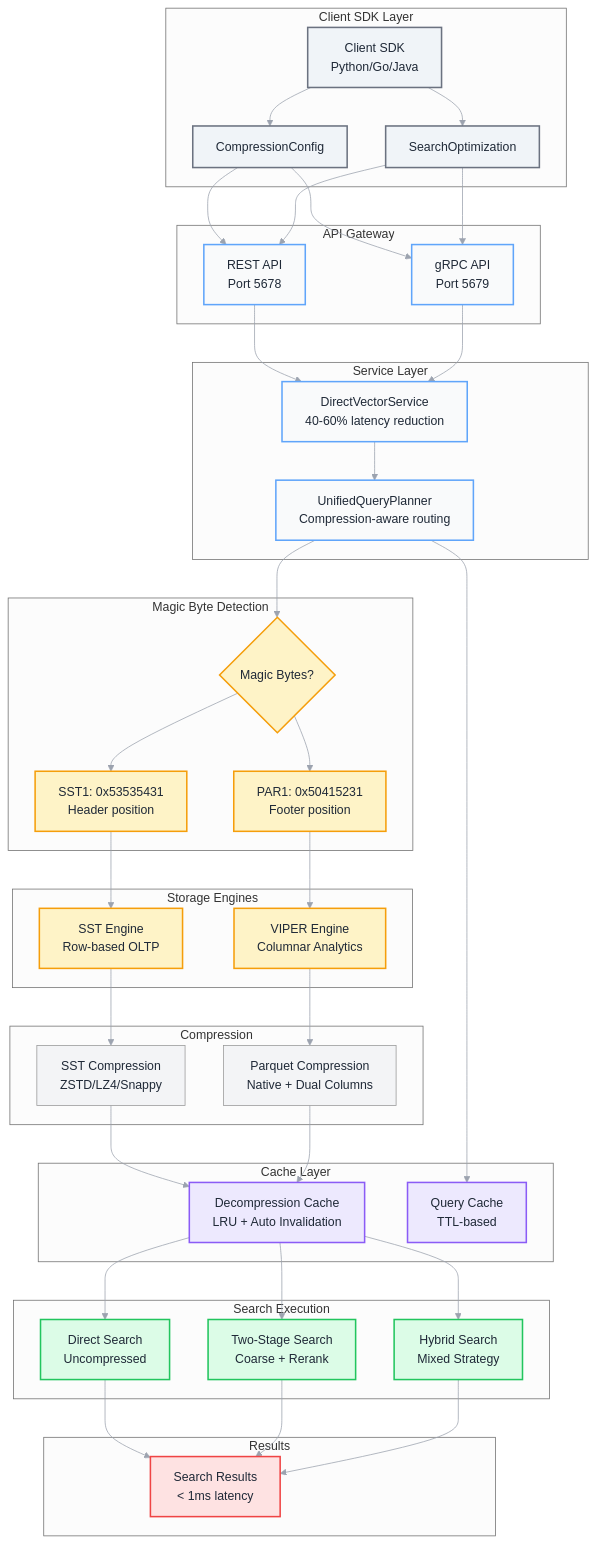
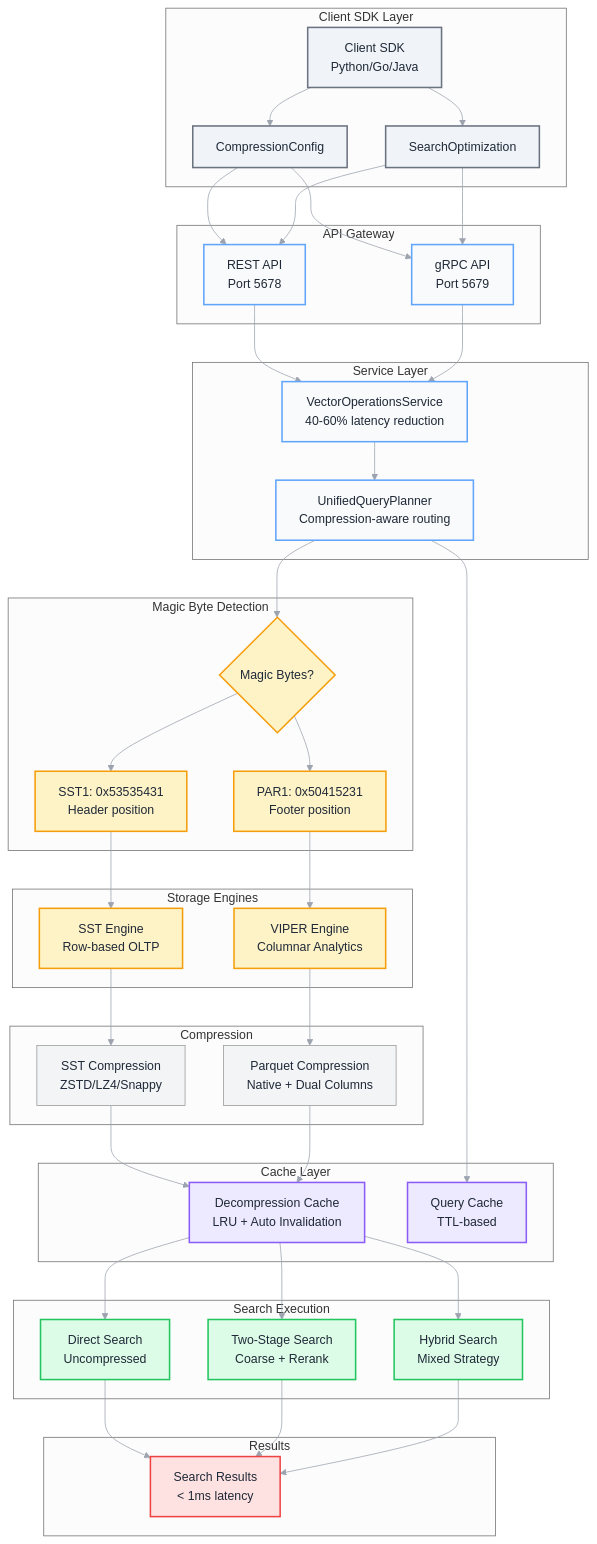
One commit to vjsingh1984/proximaDB changed the diagram in docs/diagrams/query-flow-complete.mmd. Above: the diagram before and after it, drawn with Mermaid. The commit also changed 14 other files, not shown here.

First line of the commit message:
docs: consolidate and update architecture diagrams

```diff
--- a/docs/diagrams/query-flow-complete.mmd
+++ b/docs/diagrams/query-flow-complete.mmd
@@ -1,100 +1,100 @@
 %%{init: {'theme':'neutral', 'themeVariables': {'primaryColor':'#3b82f6','primaryTextColor':'#1f2937','primaryBorderColor':'#6b7280','lineColor':'#9ca3af','secondaryColor':'#10b981','tertiaryColor':'#f59e0b','background':'transparent','mainBkg':'#f3f4f6','secondBkg':'#e5e7eb','textColor':'#1f2937'}}}%%
 graph TB
     subgraph "Client SDK Layer"
         SDK[Client SDK<br/>Python/Go/Java]
         COMP[CompressionConfig]
         OPT[SearchOptimization]
     end
 
     subgraph "API Gateway"
         REST[REST API<br/>Port 5678]
         GRPC[gRPC API<br/>Port 5679]
     end
 
     subgraph "Service Layer"
-        DVS[DirectVectorService<br/>40-60% latency reduction]
+        VOS[VectorOperationsService<br/>40-60% latency reduction]
         QP[UnifiedQueryPlanner<br/>Compression-aware routing]
     end
 
     subgraph "Magic Byte Detection"
         MB{Magic Bytes?}
         SST1[SST1: 0x53535431<br/>Header position]
         PAR1[PAR1: 0x50415231<br/>Footer position]
     end
 
     subgraph "Storage Engines"
         SSTE[SST Engine<br/>Row-based OLTP]
         VIPERE[VIPER Engine<br/>Columnar Analytics]
     end
 
     subgraph "Compression"
         SSTCOMP[SST Compression<br/>ZSTD/LZ4/Snappy]
         VIPERCOMP[Parquet Compression<br/>Native + Dual Columns]
     end
 
     subgraph "Cache Layer"
         DC[Decompression Cache<br/>LRU + Auto Invalidation]
         QC[Query Cache<br/>TTL-based]
     end
 
     subgraph "Search Execution"
         DIRECT[Direct Search<br/>Uncompressed]
         TWOSTAGE[Two-Stage Search<br/>Coarse + Rerank]
         HYBRID[Hybrid Search<br/>Mixed Strategy]
     end
 
     subgraph "Results"
         RES[Search Results<br/>< 1ms latency]
     end
 
     %% Flow connections
     SDK --> COMP
     SDK --> OPT
     COMP --> REST
     COMP --> GRPC
     OPT --> REST
     OPT --> GRPC
     
-    REST --> DVS
-    GRPC --> DVS
+    REST --> VOS
+    GRPC --> VOS
     
-    DVS --> QP
+    VOS --> QP
     QP --> MB
     
     MB --> SST1
     MB --> PAR1
     
     SST1 --> SSTE
     PAR1 --> VIPERE
     
     SSTE --> SSTCOMP
     VIPERE --> VIPERCOMP
     
     SSTCOMP --> DC
     VIPERCOMP --> DC
     
     QP --> QC
     
     DC --> DIRECT
     DC --> TWOSTAGE
     DC --> HYBRID
     
     DIRECT --> RES
     TWOSTAGE --> RES
     HYBRID --> RES
 
     %% Professional neutral color scheme
     %% Light backgrounds with subtle borders for visibility in both themes
     classDef clientStyle fill:#f0f4f8,stroke:#6b7280,stroke-width:2px,color:#1f2937
     classDef serviceStyle fill:#f9fafb,stroke:#60a5fa,stroke-width:2px,color:#1f2937
     classDef storageStyle fill:#fef3c7,stroke:#f59e0b,stroke-width:2px,color:#1f2937
     classDef cacheStyle fill:#ede9fe,stroke:#8b5cf6,stroke-width:2px,color:#1f2937
     classDef searchStyle fill:#dcfce7,stroke:#22c55e,stroke-width:2px,color:#1f2937
     classDef resultStyle fill:#fee2e2,stroke:#ef4444,stroke-width:2px,color:#1f2937
 
     class SDK,COMP,OPT clientStyle
-    class REST,GRPC,DVS,QP serviceStyle
+    class REST,GRPC,VOS,QP serviceStyle
     class MB,SST1,PAR1,SSTE,VIPERE storageStyle
     class DC,QC cacheStyle
     class DIRECT,TWOSTAGE,HYBRID searchStyle
     class RES resultStyle
```
